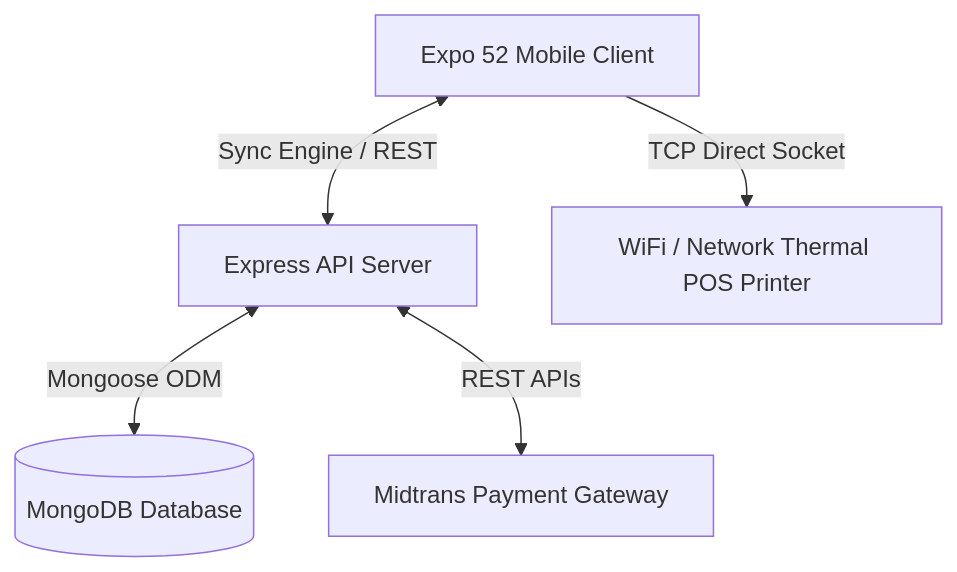
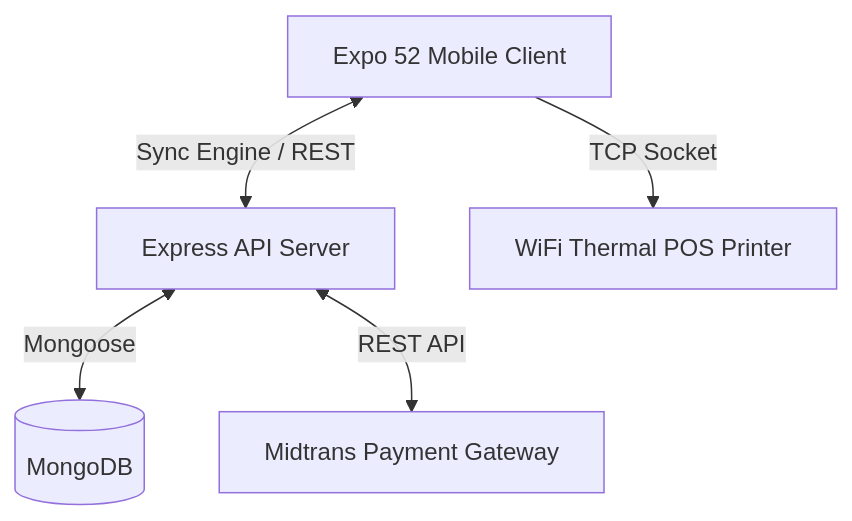
One commit to Ham144/Ham144 changed the fourth of 6 diagrams in README.md. Above: the diagram before and after it, drawn with Mermaid. The commit also changed other lines of this file and 14 other files, not shown here.

````diff
--- a/README.md
+++ b/README.md
@@ -174,7 +206,7 @@
 ```mermaid
 graph TD
     Client[Expo 52 Mobile Client] <-->|Sync Engine / REST| Server[Express API Server]
-    Client -->|TCP Direct Socket| ThermalPrinter[WiFi / Network Thermal POS Printer]
-    Server <-->|Mongoose ODM| DB[(MongoDB Database)]
-    Server <-->|REST APIs| Midtrans[Midtrans Payment Gateway]
+    Client -->|TCP Socket| Printer[WiFi Thermal POS Printer]
+    Server <-->|Mongoose| DB[(MongoDB)]
+    Server <-->|REST API| Midtrans[Midtrans Payment Gateway]
 ```
````
